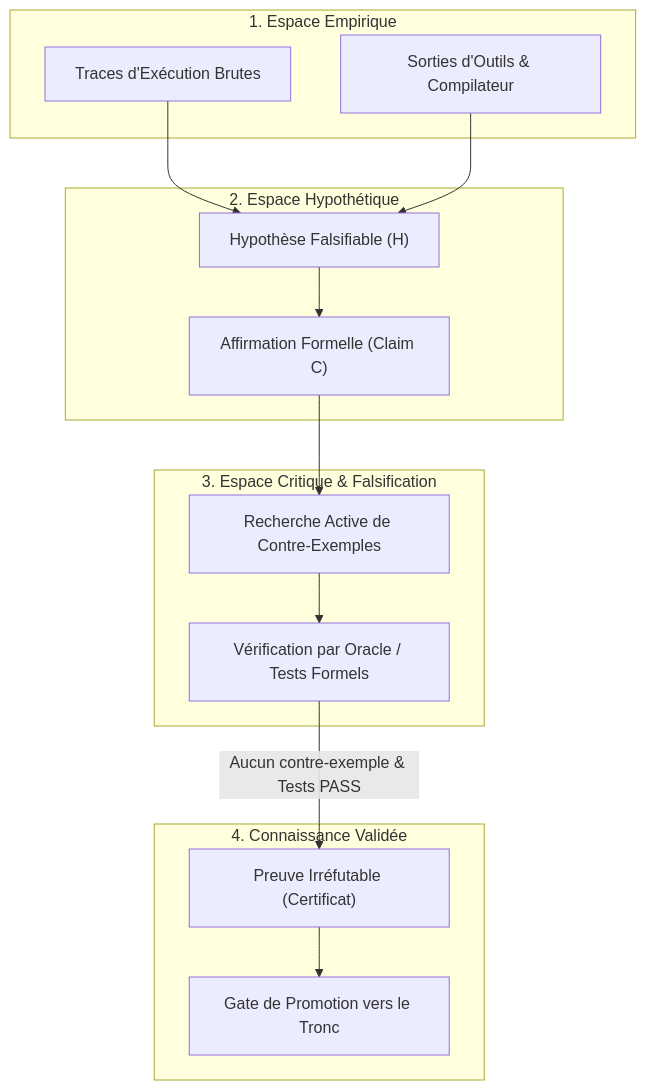
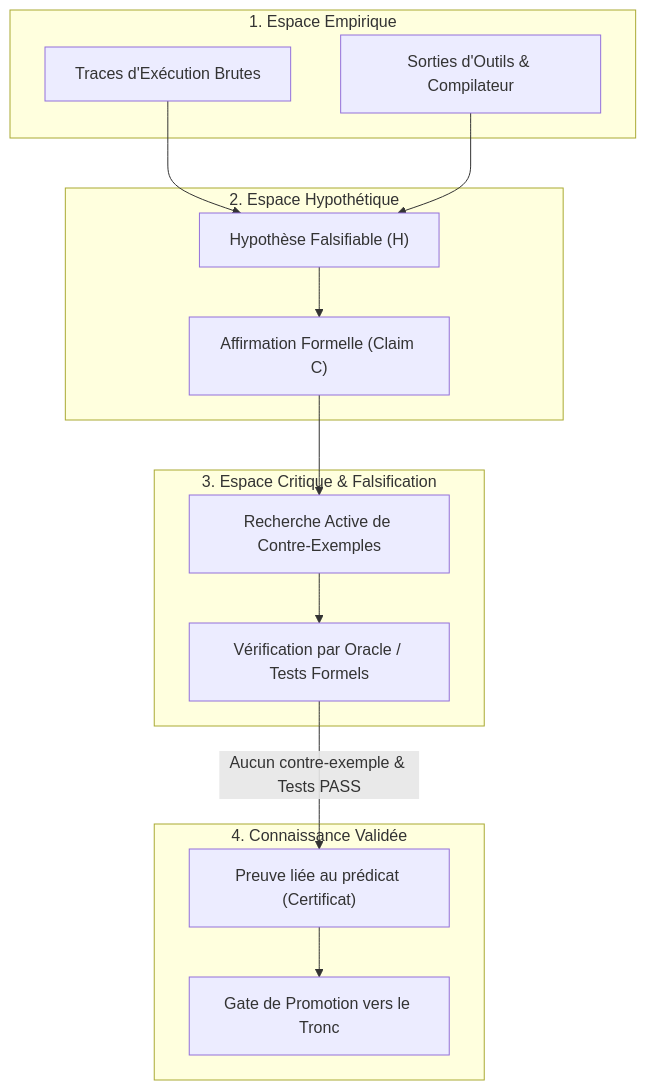
Before and after one commit to PISSARAW/GenOS: the third of 4 diagrams in docs/01-concepts/epistemologie-et-evidence.md, drawn with Mermaid. The commit also changed other lines of this file and 6 other files, not shown here.

````diff
--- a/docs/01-concepts/epistemologie-et-evidence.md
+++ b/docs/01-concepts/epistemologie-et-evidence.md
@@ -367,30 +367,30 @@
 ```mermaid
 graph TD
     subgraph Observation["1. Espace Empirique"]
         RawTrace["Traces d'Exécution Brutes"]
         ToolOutput["Sorties d'Outils & Compilateur"]
     end
 
     subgraph Formulation["2. Espace Hypothétique"]
         Hypo["Hypothèse Falsifiable (H)"]
         Claim["Affirmation Formelle (Claim C)"]
     end
 
     subgraph Verification["3. Espace Critique & Falsification"]
         CounterEx["Recherche Active de Contre-Exemples"]
         Oracle["Vérification par Oracle / Tests Formels"]
     end
 
     subgraph Knowledge["4. Connaissance Validée"]
-        Proof["Preuve Irréfutable (Certificat)"]
+        Proof["Preuve liée au prédicat (Certificat)"]
         PromotionGate["Gate de Promotion vers le Tronc"]
     end
 
     RawTrace --> Hypo
     ToolOutput --> Hypo
     Hypo --> Claim
     Claim --> CounterEx
     CounterEx --> Oracle
     Oracle -->|Aucun contre-exemple & Tests PASS| Proof
     Proof --> PromotionGate
 ```
````
